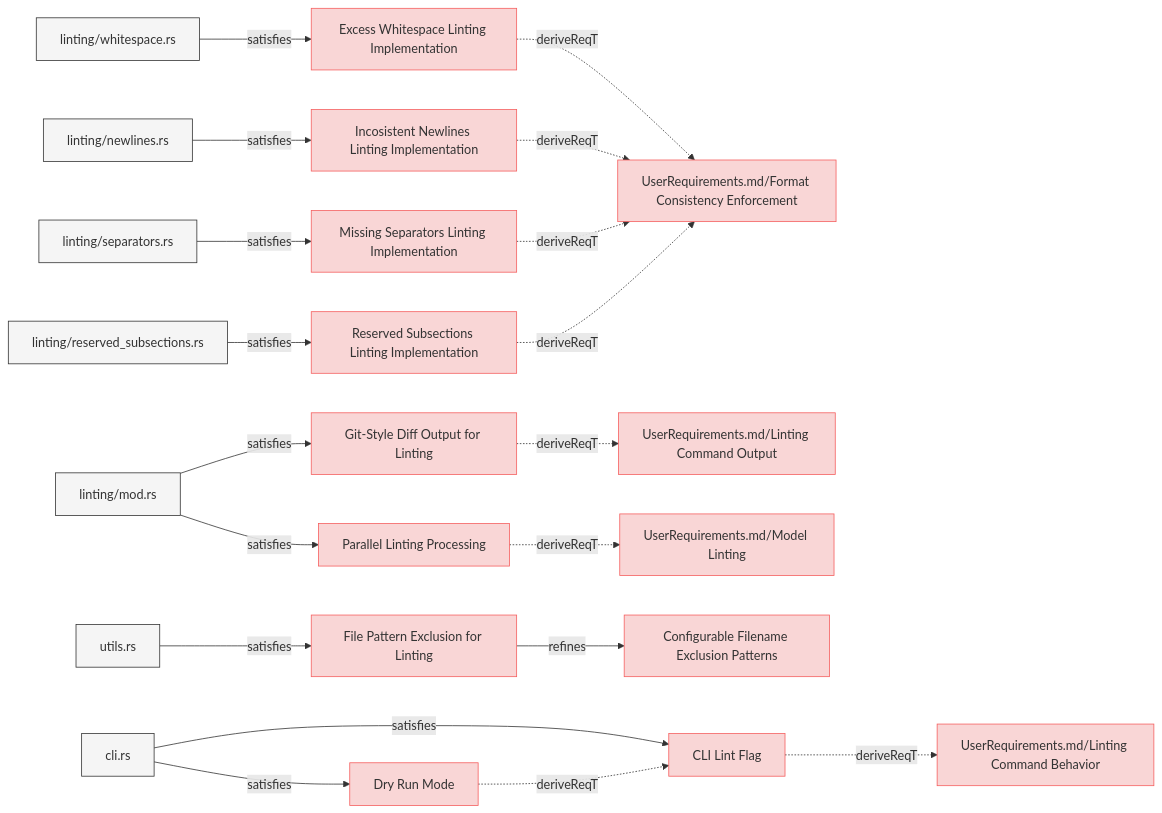
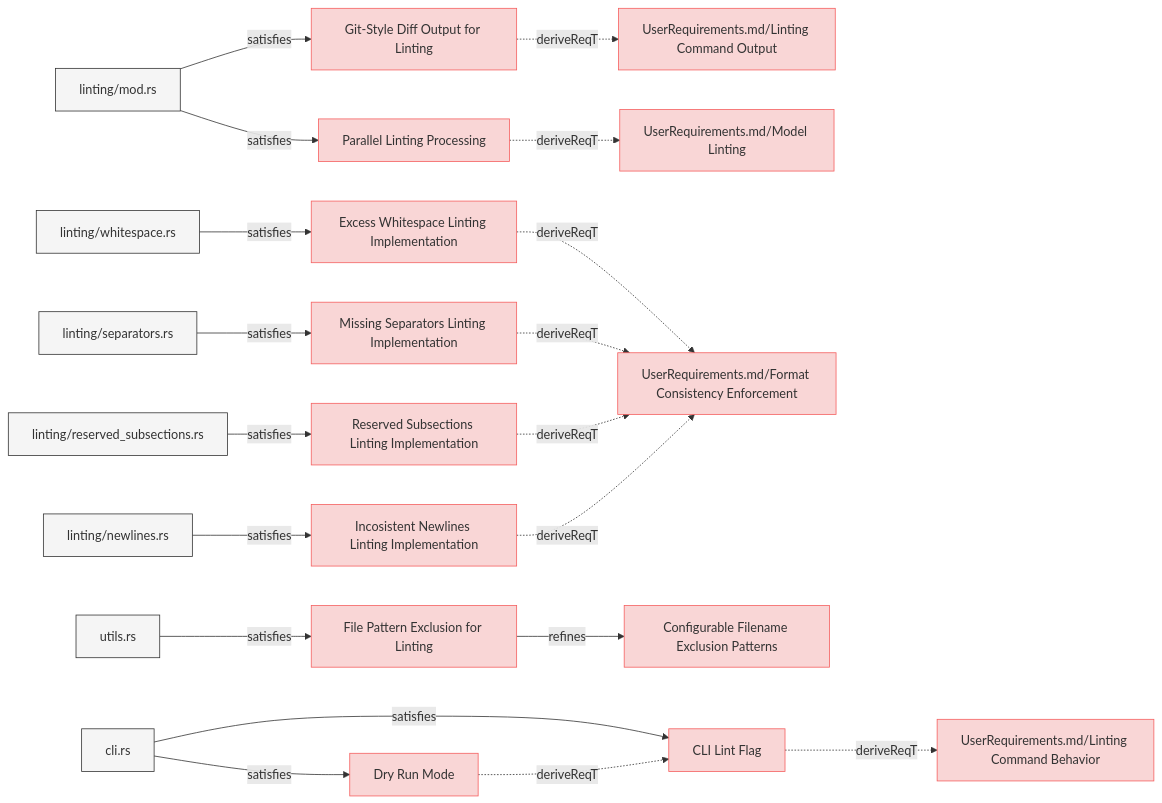
Before and after one commit to reqvire-org/reqvire: the first of 8 diagrams in specifications/SystemRequirements/Requirements.md, drawn with Mermaid. The commit also changed other lines of this file and 21 other files, not shown here.

````diff
--- a/specifications/SystemRequirements/Requirements.md
+++ b/specifications/SystemRequirements/Requirements.md
@@ -9,85 +9,85 @@
   classDef externalLink fill:#d0e0ff,stroke:#3080ff,stroke-width:1px;
   classDef default fill:#f5f5f5,stroke:#333333,stroke-width:1px;
 
-  75640c8e8822d1e7["Parallel Linting Processing"];
-  click 75640c8e8822d1e7 "https://github.com/ilijaljubicic/Reqvire/blob/8a68ca1eab81bac7964085e47777a0a92447c6a5/specifications/SystemRequirements/Requirements.md#parallel-linting-processing";
-  class 75640c8e8822d1e7 requirement;
-  36d76b90ace3a564["UserRequirements.md/Model Linting"];
-  class 36d76b90ace3a564 requirement;
-  click 36d76b90ace3a564 "https://github.com/ilijaljubicic/Reqvire/blob/8a68ca1eab81bac7964085e47777a0a92447c6a5/specifications/UserRequirements.md#model-linting";
-  75640c8e8822d1e7 -.->|deriveReqT| 36d76b90ace3a564;
-  2d48fe5f748f81e4["linting/mod.rs"];
-  class 2d48fe5f748f81e4 default;
-  click 2d48fe5f748f81e4 "https://github.com/ilijaljubicic/Reqvire/blob/8a68ca1eab81bac7964085e47777a0a92447c6a5/core/src/linting/mod.rs";
-  2d48fe5f748f81e4 -->|satisfies| 75640c8e8822d1e7;
-  4efdafe79ef3057["Reserved Subsections Linting Implementation"];
-  click 4efdafe79ef3057 "https://github.com/ilijaljubicic/Reqvire/blob/8a68ca1eab81bac7964085e47777a0a92447c6a5/specifications/SystemRequirements/Requirements.md#reserved-subsections-linting-implementation";
-  class 4efdafe79ef3057 requirement;
-  43bbec4721cc6a68["UserRequirements.md/Format Consistency Enforcement"];
-  class 43bbec4721cc6a68 requirement;
-  click 43bbec4721cc6a68 "https://github.com/ilijaljubicic/Reqvire/blob/8a68ca1eab81bac7964085e47777a0a92447c6a5/specifications/UserRequirements.md#format-consistency-enforcement";
-  4efdafe79ef3057 -.->|deriveReqT| 43bbec4721cc6a68;
-  f3496fe5f8d186a4["linting/reserved_subsections.rs"];
-  class f3496fe5f8d186a4 default;
-  click f3496fe5f8d186a4 "https://github.com/ilijaljubicic/Reqvire/blob/8a68ca1eab81bac7964085e47777a0a92447c6a5/core/src/linting/indentation.rs";
-  f3496fe5f8d186a4 -->|satisfies| 4efdafe79ef3057;
-  470a0057ca1c964["File Pattern Exclusion for Linting"];
-  click 470a0057ca1c964 "https://github.com/ilijaljubicic/Reqvire/blob/8a68ca1eab81bac7964085e47777a0a92447c6a5/specifications/SystemRequirements/Requirements.md#file-pattern-exclusion-for-linting";
-  class 470a0057ca1c964 requirement;
-  6f822bdd8c71c7c8["Configurable Filename Exclusion Patterns"];
-  class 6f822bdd8c71c7c8 requirement;
-  click 6f822bdd8c71c7c8 "https://github.com/ilijaljubicic/Reqvire/blob/8a68ca1eab81bac7964085e47777a0a92447c6a5/specifications/SystemRequirements/Requirements.md#configurable-filename-exclusion-patterns";
-  470a0057ca1c964 -->|refines| 6f822bdd8c71c7c8;
-  6cc937ff9e3a6b59["utils.rs"];
-  class 6cc937ff9e3a6b59 default;
-  click 6cc937ff9e3a6b59 "https://github.com/ilijaljubicic/Reqvire/blob/8a68ca1eab81bac7964085e47777a0a92447c6a5/core/src/utils.rs";
-  6cc937ff9e3a6b59 -->|satisfies| 470a0057ca1c964;
-  c080457c84fad54c["Dry Run Mode"];
-  click c080457c84fad54c "https://github.com/ilijaljubicic/Reqvire/blob/8a68ca1eab81bac7964085e47777a0a92447c6a5/specifications/SystemRequirements/Requirements.md#dry-run-mode";
-  class c080457c84fad54c requirement;
-  cb01ebe750839cf7["CLI Lint Flag"];
-  class cb01ebe750839cf7 requirement;
-  click cb01ebe750839cf7 "https://github.com/ilijaljubicic/Reqvire/blob/8a68ca1eab81bac7964085e47777a0a92447c6a5/specifications/SystemRequirements/Requirements.md#cli-lint-flag";
-  c080457c84fad54c -.->|deriveReqT| cb01ebe750839cf7;
-  5fe26772336463bc["cli.rs"];
-  class 5fe26772336463bc default;
-  click 5fe26772336463bc "https://github.com/ilijaljubicic/Reqvire/blob/8a68ca1eab81bac7964085e47777a0a92447c6a5/cli/src/cli.rs";
-  5fe26772336463bc -->|satisfies| c080457c84fad54c;
-  f1de164cd9ee3fd["UserRequirements.md/Linting Command Behavior"];
-  class f1de164cd9ee3fd requirement;
-  click f1de164cd9ee3fd "https://github.com/ilijaljubicic/Reqvire/blob/8a68ca1eab81bac7964085e47777a0a92447c6a5/specifications/UserRequirements.md#linting-command";
-  cb01ebe750839cf7 -.->|deriveReqT| f1de164cd9ee3fd;
-  5fe26772336463bc -->|satisfies| cb01ebe750839cf7;
-  db7b9709bced7f7e["Missing Separators Linting Implementation"];
-  click db7b9709bced7f7e "https://github.com/ilijaljubicic/Reqvire/blob/8a68ca1eab81bac7964085e47777a0a92447c6a5/specifications/SystemRequirements/Requirements.md#missing-separators-linting-implementation";
-  class db7b9709bced7f7e requirement;
-  db7b9709bced7f7e -.->|deriveReqT| 43bbec4721cc6a68;
-  277f2d41101b4374["linting/separators.rs"];
-  class 277f2d41101b4374 default;
-  click 277f2d41101b4374 "https://github.com/ilijaljubicic/Reqvire/blob/8a68ca1eab81bac7964085e47777a0a92447c6a5/core/src/linting/separators.rs";
-  277f2d41101b4374 -->|satisfies| db7b9709bced7f7e;
-  5833165793ba0498["Git-Style Diff Output for Linting"];
-  click 5833165793ba0498 "https://github.com/ilijaljubicic/Reqvire/blob/8a68ca1eab81bac7964085e47777a0a92447c6a5/specifications/SystemRequirements/Requirements.md#git-style-diff-output-for-linting";
-  class 5833165793ba0498 requirement;
-  5862305273e75e10["UserRequirements.md/Linting Command Output"];
-  class 5862305273e75e10 requirement;
-  click 5862305273e75e10 "https://github.com/ilijaljubicic/Reqvire/blob/8a68ca1eab81bac7964085e47777a0a92447c6a5/specifications/UserRequirements.md#linting-command-output";
-  5833165793ba0498 -.->|deriveReqT| 5862305273e75e10;
-  2d48fe5f748f81e4 -->|satisfies| 5833165793ba0498;
-  acb338a79cfa8b2d["Incosistent Newlines Linting Implementation"];
-  click acb338a79cfa8b2d "https://github.com/ilijaljubicic/Reqvire/blob/8a68ca1eab81bac7964085e47777a0a92447c6a5/specifications/SystemRequirements/Requirements.md#incosistent-newlines-linting-implementation";
-  class acb338a79cfa8b2d requirement;
-  acb338a79cfa8b2d -.->|deriveReqT| 43bbec4721cc6a68;
-  96c9e48a25e4de33["linting/newlines.rs"];
-  class 96c9e48a25e4de33 default;
-  click 96c9e48a25e4de33 "https://github.com/ilijaljubicic/Reqvire/blob/8a68ca1eab81bac7964085e47777a0a92447c6a5/core/src/linting/newlines.rs";
-  96c9e48a25e4de33 -->|satisfies| acb338a79cfa8b2d;
-  87548b2599ea86c2["Excess Whitespace Linting Implementation"];
-  click 87548b2599ea86c2 "https://github.com/ilijaljubicic/Reqvire/blob/8a68ca1eab81bac7964085e47777a0a92447c6a5/specifications/SystemRequirements/Requirements.md#excess-whitespace-linting-implementation";
-  class 87548b2599ea86c2 requirement;
-  87548b2599ea86c2 -.->|deriveReqT| 43bbec4721cc6a68;
-  839419873727313d["linting/whitespace.rs"];
-  class 839419873727313d default;
-  click 839419873727313d "https://github.com/ilijaljubicic/Reqvire/blob/8a68ca1eab81bac7964085e47777a0a92447c6a5/core/src/linting/whitespace.rs";
-  839419873727313d -->|satisfies| 87548b2599ea86c2;
+  7c2ad2603d27c318["Git-Style Diff Output for Linting"];
+  click 7c2ad2603d27c318 "https://github.com/Reqvire/reqvire/blob/f18e52f9f88c64f67a79abc4e93eb74b3ec22615/specifications/SystemRequirements/Requirements.md#git-style-diff-output-for-linting";
+  class 7c2ad2603d27c318 requirement;
+  62c066a5aad4dafe["UserRequirements.md/Linting Command Output"];
+  class 62c066a5aad4dafe requirement;
+  click 62c066a5aad4dafe "https://github.com/Reqvire/reqvire/blob/f18e52f9f88c64f67a79abc4e93eb74b3ec22615/specifications/UserRequirements.md#linting-command-output";
+  7c2ad2603d27c318 -.->|deriveReqT| 62c066a5aad4dafe;
+  3e39cdcf485c5250["linting/mod.rs"];
+  class 3e39cdcf485c5250 default;
+  click 3e39cdcf485c5250 "https://github.com/Reqvire/reqvire/blob/f18e52f9f88c64f67a79abc4e93eb74b3ec22615/core/src/linting/mod.rs";
+  3e39cdcf485c5250 -->|satisfies| 7c2ad2603d27c318;
+  c87ad8ce58149089["Parallel Linting Processing"];
+  click c87ad8ce58149089 "https://github.com/Reqvire/reqvire/blob/f18e52f9f88c64f67a79abc4e93eb74b3ec22615/specifications/SystemRequirements/Requirements.md#parallel-linting-processing";
+  class c87ad8ce58149089 requirement;
+  84c4dc11e82e8638["UserRequirements.md/Model Linting"];
+  class 84c4dc11e82e8638 requirement;
+  click 84c4dc11e82e8638 "https://github.com/Reqvire/reqvire/blob/f18e52f9f88c64f67a79abc4e93eb74b3ec22615/specifications/UserRequirements.md#model-linting";
+  c87ad8ce58149089 -.->|deriveReqT| 84c4dc11e82e8638;
+  3e39cdcf485c5250 -->|satisfies| c87ad8ce58149089;
+  ab8dfb01e717d34["Excess Whitespace Linting Implementation"];
+  click ab8dfb01e717d34 "https://github.com/Reqvire/reqvire/blob/f18e52f9f88c64f67a79abc4e93eb74b3ec22615/specifications/SystemRequirements/Requirements.md#excess-whitespace-linting-implementation";
+  class ab8dfb01e717d34 requirement;
+  1ddbeea0cf8eaad5["UserRequirements.md/Format Consistency Enforcement"];
+  class 1ddbeea0cf8eaad5 requirement;
+  click 1ddbeea0cf8eaad5 "https://github.com/Reqvire/reqvire/blob/f18e52f9f88c64f67a79abc4e93eb74b3ec22615/specifications/UserRequirements.md#format-consistency-enforcement";
+  ab8dfb01e717d34 -.->|deriveReqT| 1ddbeea0cf8eaad5;
+  fd5178bf78bae55c["linting/whitespace.rs"];
+  class fd5178bf78bae55c default;
+  click fd5178bf78bae55c "https://github.com/Reqvire/reqvire/blob/f18e52f9f88c64f67a79abc4e93eb74b3ec22615/core/src/linting/whitespace.rs";
+  fd5178bf78bae55c -->|satisfies| ab8dfb01e717d34;
+  f540b21f7eced636["Missing Separators Linting Implementation"];
+  click f540b21f7eced636 "https://github.com/Reqvire/reqvire/blob/f18e52f9f88c64f67a79abc4e93eb74b3ec22615/specifications/SystemRequirements/Requirements.md#missing-separators-linting-implementation";
+  class f540b21f7eced636 requirement;
+  f540b21f7eced636 -.->|deriveReqT| 1ddbeea0cf8eaad5;
+  45e2af09e602182a["linting/separators.rs"];
+  class 45e2af09e602182a default;
+  click 45e2af09e602182a "https://github.com/Reqvire/reqvire/blob/f18e52f9f88c64f67a79abc4e93eb74b3ec22615/core/src/linting/separators.rs";
+  45e2af09e602182a -->|satisfies| f540b21f7eced636;
+  48e8a0b4b18111c4["File Pattern Exclusion for Linting"];
+  click 48e8a0b4b18111c4 "https://github.com/Reqvire/reqvire/blob/f18e52f9f88c64f67a79abc4e93eb74b3ec22615/specifications/SystemRequirements/Requirements.md#file-pattern-exclusion-for-linting";
+  class 48e8a0b4b18111c4 requirement;
+  4bf74699f40f4a76["Configurable Filename Exclusion Patterns"];
+  class 4bf74699f40f4a76 requirement;
+  click 4bf74699f40f4a76 "https://github.com/Reqvire/reqvire/blob/f18e52f9f88c64f67a79abc4e93eb74b3ec22615/specifications/SystemRequirements/Requirements.md#configurable-filename-exclusion-patterns";
+  48e8a0b4b18111c4 -->|refines| 4bf74699f40f4a76;
+  85989fd7bb727157["utils.rs"];
+  class 85989fd7bb727157 default;
+  click 85989fd7bb727157 "https://github.com/Reqvire/reqvire/blob/f18e52f9f88c64f67a79abc4e93eb74b3ec22615/core/src/utils.rs";
+  85989fd7bb727157 -->|satisfies| 48e8a0b4b18111c4;
+  3f235c1000d5347f["CLI Lint Flag"];
+  click 3f235c1000d5347f "https://github.com/Reqvire/reqvire/blob/f18e52f9f88c64f67a79abc4e93eb74b3ec22615/specifications/SystemRequirements/Requirements.md#cli-lint-flag";
+  class 3f235c1000d5347f requirement;
+  28b0f9fa78937e61["UserRequirements.md/Linting Command Behavior"];
+  class 28b0f9fa78937e61 requirement;
+  click 28b0f9fa78937e61 "https://github.com/Reqvire/reqvire/blob/f18e52f9f88c64f67a79abc4e93eb74b3ec22615/specifications/UserRequirements.md#linting-command";
+  3f235c1000d5347f -.->|deriveReqT| 28b0f9fa78937e61;
+  2f21d2133dbfd205["cli.rs"];
+  class 2f21d2133dbfd205 default;
+  click 2f21d2133dbfd205 "https://github.com/Reqvire/reqvire/blob/f18e52f9f88c64f67a79abc4e93eb74b3ec22615/cli/src/cli.rs";
+  2f21d2133dbfd205 -->|satisfies| 3f235c1000d5347f;
+  56174a2a92eb637["Reserved Subsections Linting Implementation"];
+  click 56174a2a92eb637 "https://github.com/Reqvire/reqvire/blob/f18e52f9f88c64f67a79abc4e93eb74b3ec22615/specifications/SystemRequirements/Requirements.md#reserved-subsections-linting-implementation";
+  class 56174a2a92eb637 requirement;
+  56174a2a92eb637 -.->|deriveReqT| 1ddbeea0cf8eaad5;
+  8c7c2481d50c628c["linting/reserved_subsections.rs"];
+  class 8c7c2481d50c628c default;
+  click 8c7c2481d50c628c "https://github.com/Reqvire/reqvire/blob/f18e52f9f88c64f67a79abc4e93eb74b3ec22615/core/src/linting/indentation.rs";
+  8c7c2481d50c628c -->|satisfies| 56174a2a92eb637;
+  d21b16b30de7350d["Dry Run Mode"];
+  click d21b16b30de7350d "https://github.com/Reqvire/reqvire/blob/f18e52f9f88c64f67a79abc4e93eb74b3ec22615/specifications/SystemRequirements/Requirements.md#dry-run-mode";
+  class d21b16b30de7350d requirement;
+  d21b16b30de7350d -.->|deriveReqT| 3f235c1000d5347f;
+  2f21d2133dbfd205 -->|satisfies| d21b16b30de7350d;
+  e42a0715e74ccd66["Incosistent Newlines Linting Implementation"];
+  click e42a0715e74ccd66 "https://github.com/Reqvire/reqvire/blob/f18e52f9f88c64f67a79abc4e93eb74b3ec22615/specifications/SystemRequirements/Requirements.md#incosistent-newlines-linting-implementation";
+  class e42a0715e74ccd66 requirement;
+  e42a0715e74ccd66 -.->|deriveReqT| 1ddbeea0cf8eaad5;
+  411d20097517505a["linting/newlines.rs"];
+  class 411d20097517505a default;
+  click 411d20097517505a "https://github.com/Reqvire/reqvire/blob/f18e52f9f88c64f67a79abc4e93eb74b3ec22615/core/src/linting/newlines.rs";
+  411d20097517505a -->|satisfies| e42a0715e74ccd66;
 ```
````
